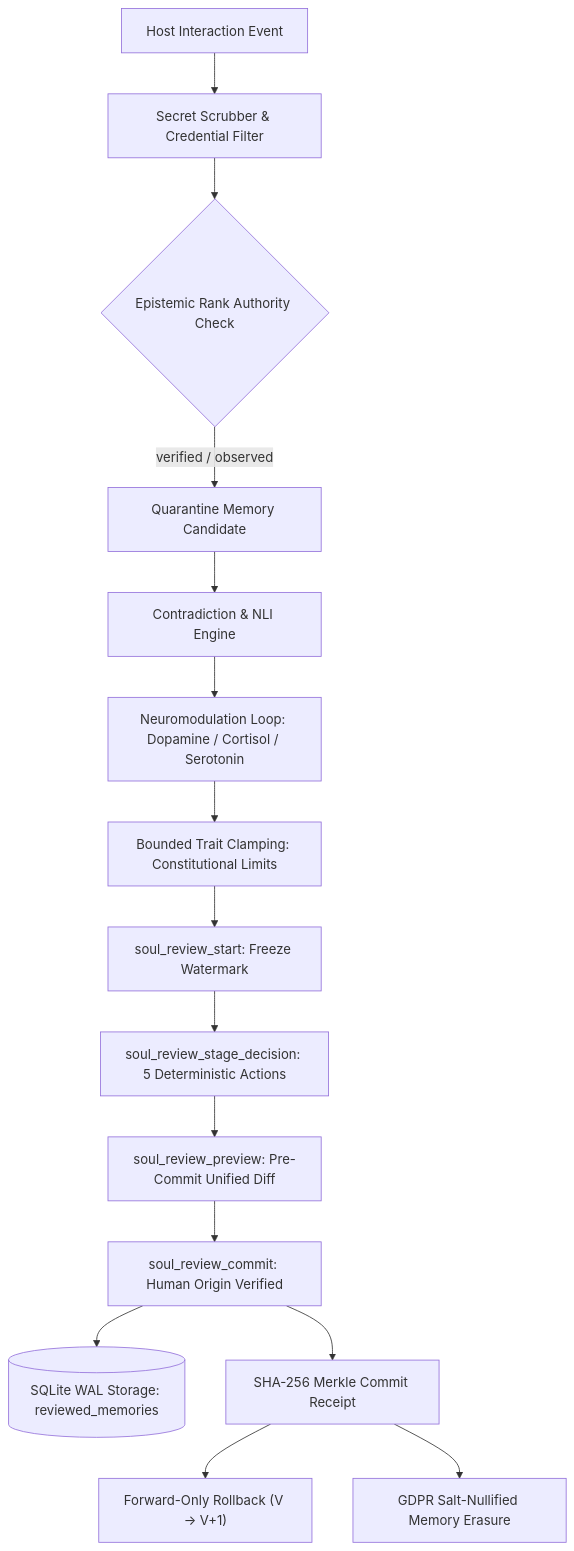
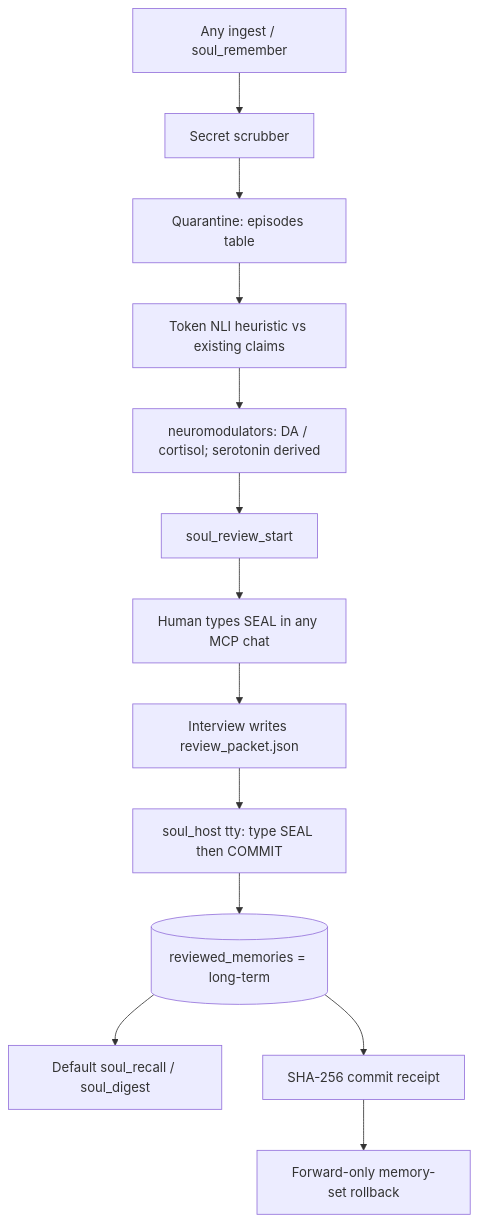
Before and after one commit to Azhonaras/soul-engine: the diagram in README.md, drawn with Mermaid. The commit also changed other lines of this file and 51 other files, not shown here.

````diff
--- a/README.md
+++ b/README.md
@@ -84,20 +157,15 @@
 ```mermaid
 flowchart TD
-    E["Host Interaction Event"] --> S["Secret Scrubber & Credential Filter"]
-    S --> P{"Epistemic Rank Authority Check"}
-    P -->|verified / observed| Q["Quarantine Memory Candidate"]
-
-    Q --> NLI["Contradiction & NLI Engine"]
-    NLI --> BIO["Neuromodulation Loop: Dopamine / Cortisol / Serotonin"]
-    BIO --> TRAIT["Bounded Trait Clamping: Constitutional Limits"]
-
-    TRAIT --> START["soul_review_start: Freeze Watermark"]
-    START --> STAGE["soul_review_stage_decision: 5 Deterministic Actions"]
-    STAGE --> PREV["soul_review_preview: Pre-Commit Unified Diff"]
-    PREV --> COMMIT["soul_review_commit: Human Origin Verified"]
-
-    COMMIT --> DB[("SQLite WAL Storage: reviewed_memories")]
-    COMMIT --> HASH["SHA-256 Merkle Commit Receipt"]
-    HASH --> RB["Forward-Only Rollback (V &rarr; V+1)"]
-    HASH --> GDPR["GDPR Salt-Nullified Memory Erasure"]
+    E["Any ingest / soul_remember"] --> S["Secret scrubber"]
+    S --> Q["Quarantine: episodes table"]
+    Q --> NLI["Token NLI heuristic vs existing claims"]
+    NLI --> BIO["neuromodulators: DA / cortisol; serotonin derived"]
+    BIO --> START["soul_review_start"]
+    START --> IV["Human types SEAL in any MCP chat"]
+    IV --> ASK["Interview writes review_packet.json"]
+    ASK --> SEAL["soul_host tty: type SEAL then COMMIT"]
+    SEAL --> DB[("reviewed_memories = long-term")]
+    DB --> RECALL["Default soul_recall / soul_digest"]
+    DB --> HASH["SHA-256 commit receipt"]
+    HASH --> RB["Forward-only memory-set rollback"]
 ```
````
